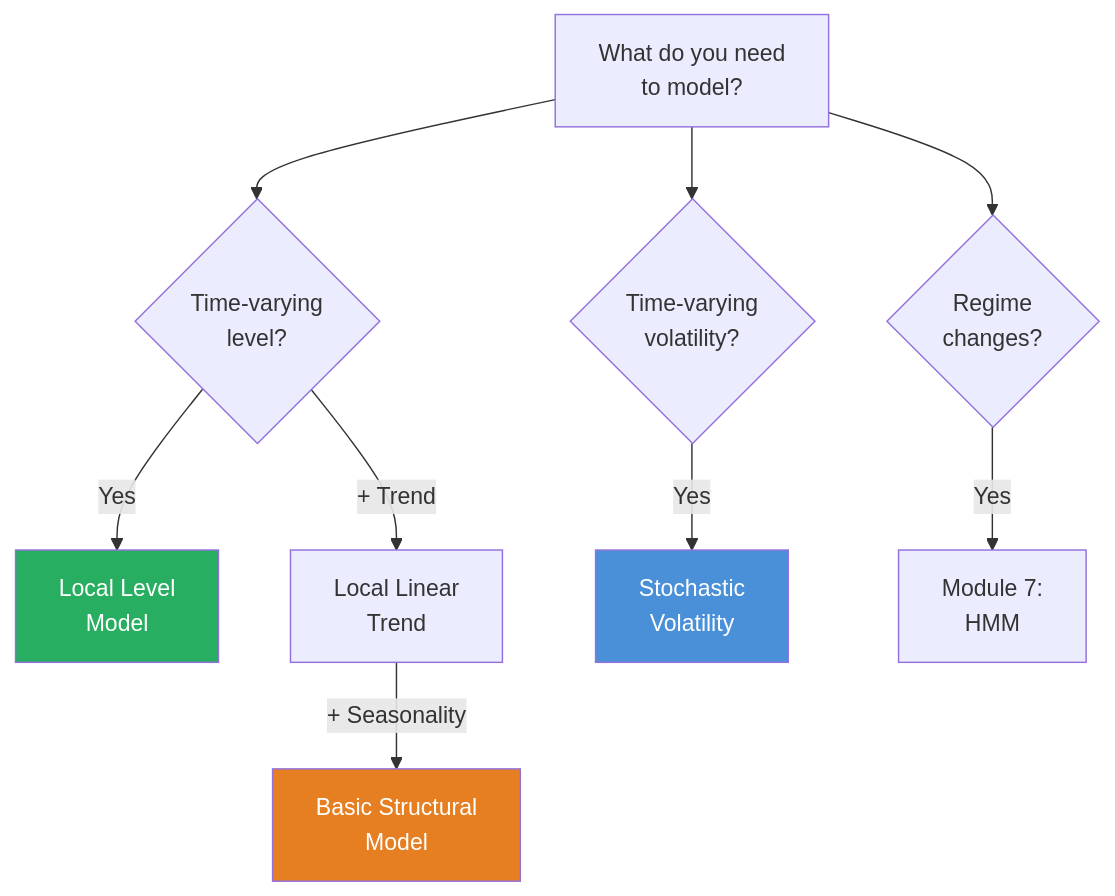
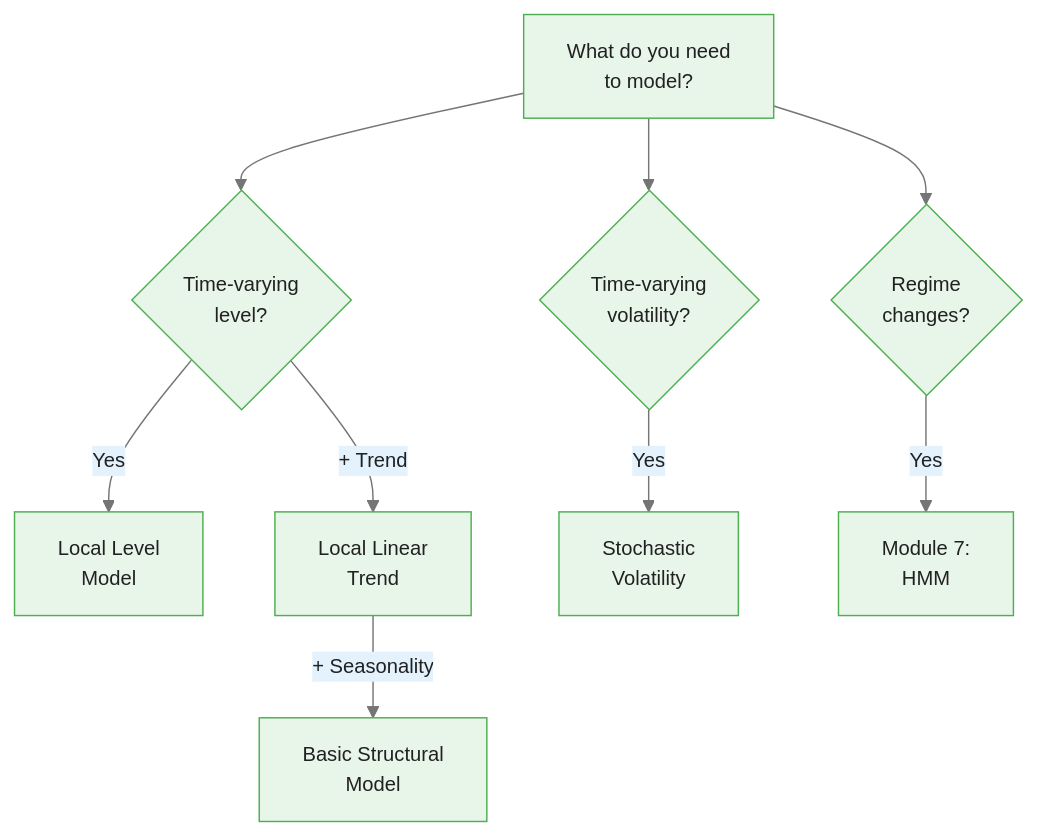
The second of 3 diagrams in courses/bayesian-commodity-forecasting/modules/module_03_state_space/guides/01_state_space_fundamentals_slides.md (m-deane/course-creator), drawn with Mermaid before and after one commit. The commit also changed other lines of this file and 104 other files, not shown here.

````diff
--- a/courses/bayesian-commodity-forecasting/modules/module_03_state_space/guides/01_state_space_fundamentals_slides.md
+++ b/courses/bayesian-commodity-forecasting/modules/module_03_state_space/guides/01_state_space_fundamentals_slides.md
@@ -153,14 +162,12 @@
 ```mermaid
+%%{init: {"theme": "base", "themeVariables": {"primaryColor": "#e8f5e9", "primaryBorderColor": "#4caf50", "primaryTextColor": "#212121", "secondaryColor": "#e3f2fd", "tertiaryColor": "#fff8e1", "lineColor": "#757575", "fontFamily": "Inter, sans-serif", "fontSize": "14px"}}}%%
 flowchart TD
     Q["What do you need\nto model?"] --> Q1{"Time-varying\nlevel?"}
     Q1 -->|"Yes"| LL["Local Level\nModel"]
     Q1 -->|"+ Trend"| LLT["Local Linear\nTrend"]
     LLT -->|"+ Seasonality"| BSM["Basic Structural\nModel"]
     Q --> Q2{"Time-varying\nvolatility?"}
     Q2 -->|"Yes"| SV["Stochastic\nVolatility"]
     Q --> Q3{"Regime\nchanges?"}
     Q3 -->|"Yes"| HMM["Module 7:\nHMM"]
-    style LL fill:#27ae60,color:#fff
-    style BSM fill:#e67e22,color:#fff
-    style SV fill:#4a90d9,color:#fff
 ```
````
